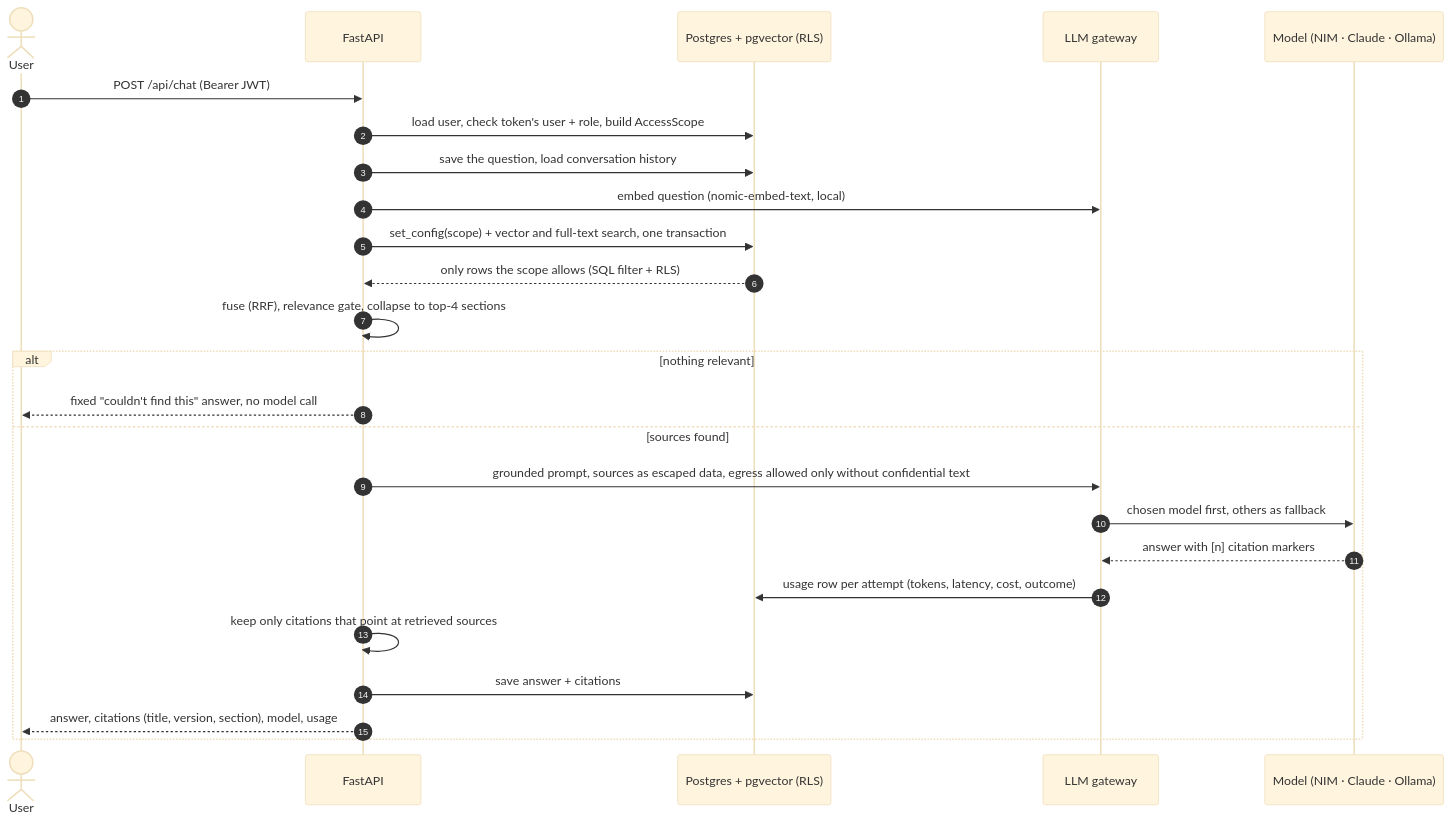
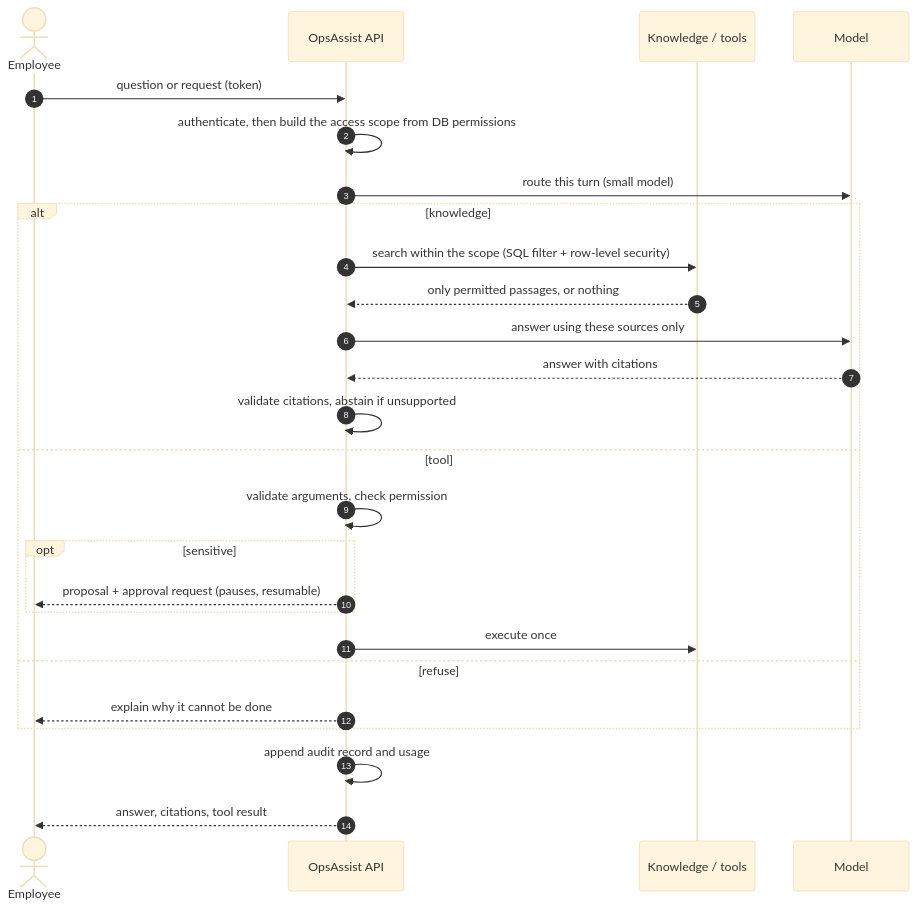
Before and after one commit to minhthy1016/novax_ai_assignment: the second of 2 diagrams in README.md, drawn with Mermaid (base theme). The commit also changed other lines of this file and 33 other files, not shown here.

First line of the commit message:
docs: split decision records out of the architecture overview

````diff
--- a/README.md
+++ b/README.md
@@ -107,28 +93,29 @@
 ```mermaid
 sequenceDiagram
   autonumber
-  actor user as User
-  participant api as FastAPI
-  participant db as Postgres + pgvector (RLS)
-  participant gw as LLM gateway
-  participant llm as Model (NIM · Claude · Ollama)
+  actor user as Employee
+  participant api as OpsAssist API
+  participant kb as Knowledge / tools
+  participant llm as Model
 
-  user->>api: POST /api/chat (Bearer JWT)
-  api->>db: load user, check token's user + role, build AccessScope
-  api->>db: save the question, load conversation history
-  api->>gw: embed question (nomic-embed-text, local)
-  api->>db: set_config(scope) + vector and full-text search, one transaction
-  db-->>api: only rows the scope allows (SQL filter + RLS)
-  api->>api: fuse (RRF), relevance gate, collapse to top-4 sections
-  alt nothing relevant
-    api-->>user: fixed "couldn't find this" answer, no model call
-  else sources found
-    api->>gw: grounded prompt, sources as escaped data, egress allowed only without confidential text
-    gw->>llm: chosen model first, others as fallback
-    llm-->>gw: answer with [n] citation markers
-    gw->>db: usage row per attempt (tokens, latency, cost, outcome)
-    api->>api: keep only citations that point at retrieved sources
-    api->>db: save answer + citations
-    api-->>user: answer, citations (title, version, section), model, usage
+  user->>api: question or request (token)
+  api->>api: authenticate, then build the access scope from DB permissions
+  api->>llm: route this turn (small model)
+  alt knowledge
+    api->>kb: search within the scope (SQL filter + row-level security)
+    kb-->>api: only permitted passages, or nothing
+    api->>llm: answer using these sources only
+    llm-->>api: answer with citations
+    api->>api: validate citations, abstain if unsupported
+  else tool
+    api->>api: validate arguments, check permission
+    opt sensitive
+      api-->>user: proposal + approval request (pauses, resumable)
+    end
+    api->>kb: execute once
+  else refuse
+    api-->>user: explain why it cannot be done
   end
+  api->>api: append audit record and usage
+  api-->>user: answer, citations, tool result
 ```
````
